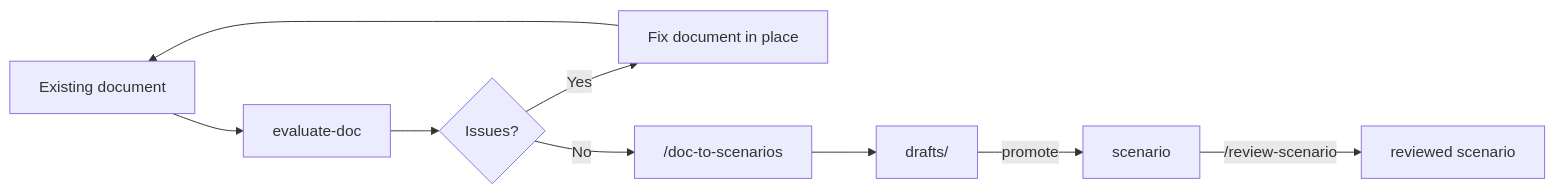
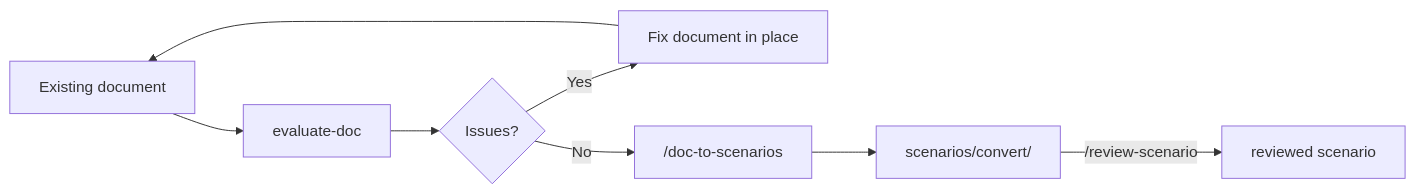
One commit to mattbobambrose/playwright-scenarios changed the third of 5 diagrams in website/playwright-scenarios/docs/workflow.md. Above: the diagram before and after it, drawn with Mermaid. The commit also changed other lines of this file and 21 other files, not shown here.

First line of the commit message:
Partition scenarios by source command, drop drafts (v0.6.0) (#6)

````diff
--- a/website/playwright-scenarios/docs/workflow.md
+++ b/website/playwright-scenarios/docs/workflow.md
@@ -59,11 +58,10 @@
 ``` mermaid
 graph LR
     A[Existing document] --> B["evaluate-doc"]
     B --> C{Issues?}
     C -->|Yes| D[Fix document in place]
     D --> A
     C -->|No| E["/doc-to-scenarios"]
-    E --> F["drafts/"]
-    F -->|promote| G[scenario]
-    G -->|"/review-scenario"| H[reviewed scenario]
+    E --> F["scenarios/convert/"]
+    F -->|"/review-scenario"| G[reviewed scenario]
 ```
````
